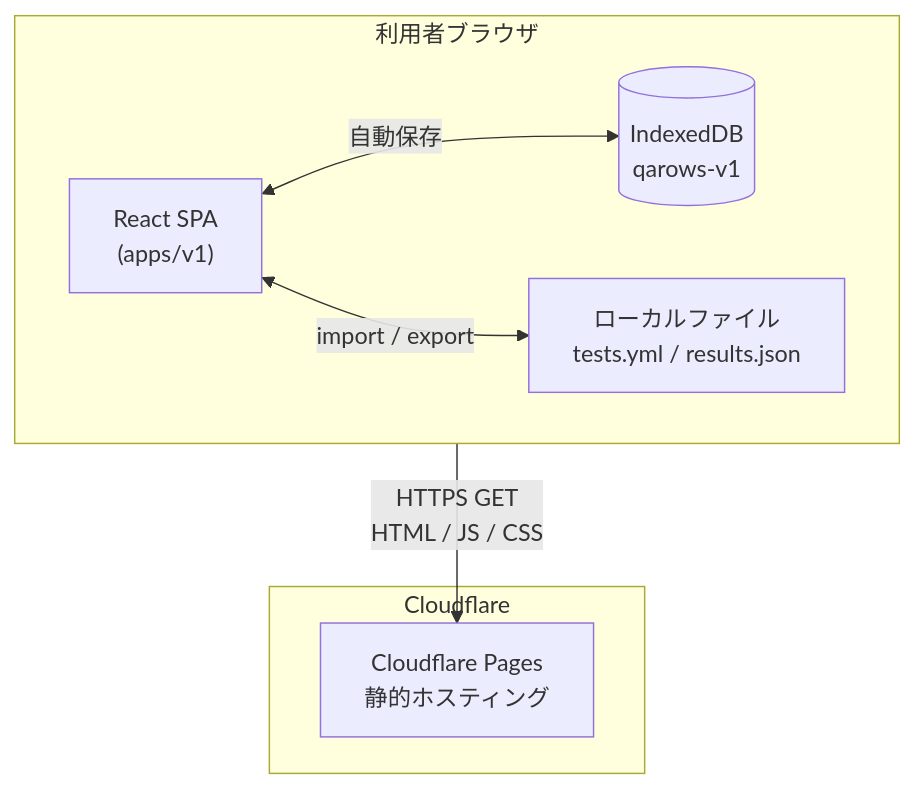
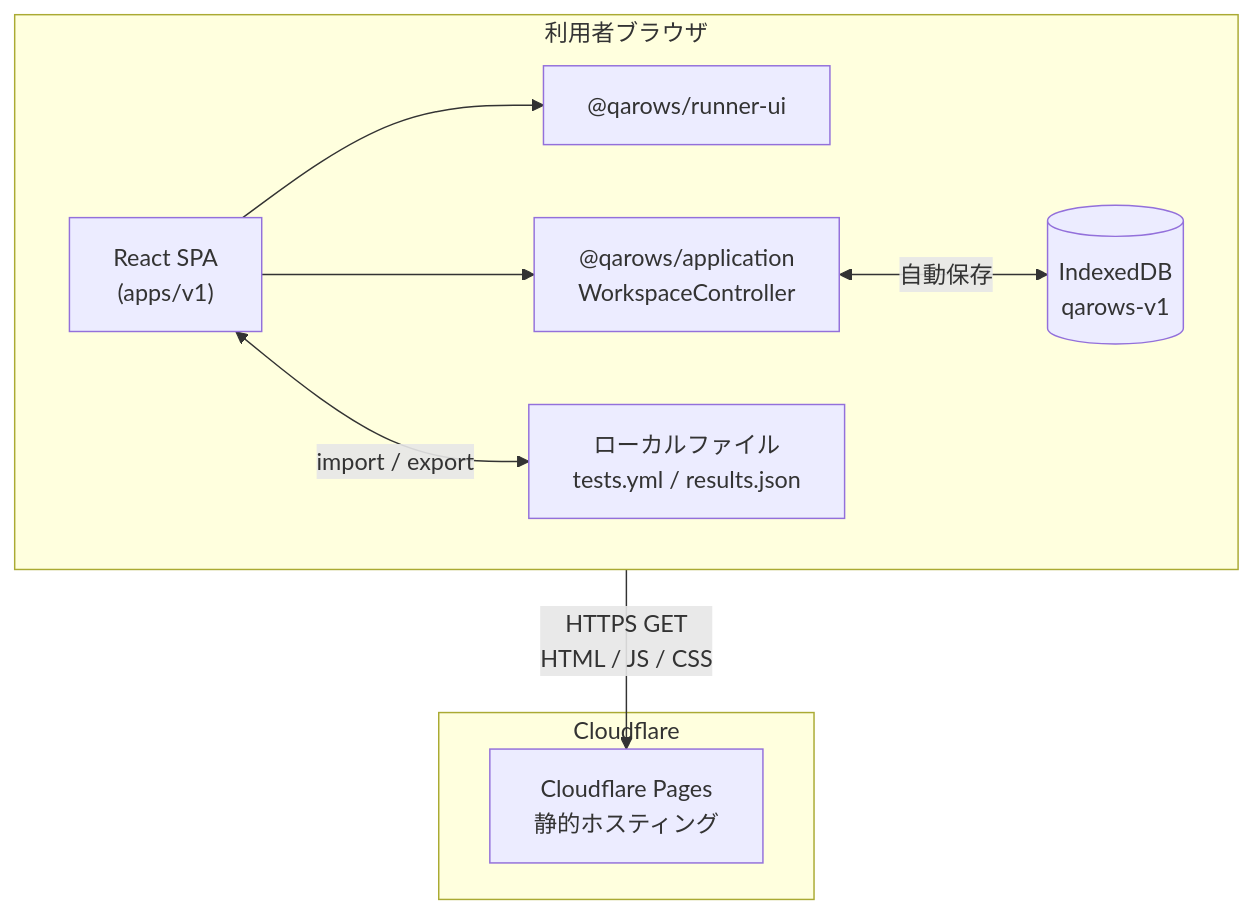
Before and after one commit to fuyuz/qarows: the second of 6 diagrams in docs/architecture.md, drawn with Mermaid. The commit also changed other lines of this file, not shown here.

First line of the commit message:
Document Command sync model and shared packages in architecture.md.

````diff
--- a/docs/architecture.md
+++ b/docs/architecture.md
@@ -15,16 +52,20 @@
 ```mermaid
 flowchart TB
   subgraph User["利用者ブラウザ"]
     SPA["React SPA<br/>(apps/v1)"]
+    RunnerUI["@qarows/runner-ui"]
+    AppLayer["@qarows/application<br/>WorkspaceController"]
     IDB[("IndexedDB<br/>qarows-v1")]
     Files["ローカルファイル<br/>tests.yml / results.json"]
-    SPA <-->|自動保存| IDB
+    SPA --> RunnerUI
+    SPA --> AppLayer
+    AppLayer <-->|自動保存| IDB
     SPA <-->|import / export| Files
   end
 
   subgraph CF["Cloudflare"]
     Pages["Cloudflare Pages<br/>静的ホスティング"]
   end
 
   User -->|HTTPS GET<br/>HTML / JS / CSS| Pages
 ```
````
